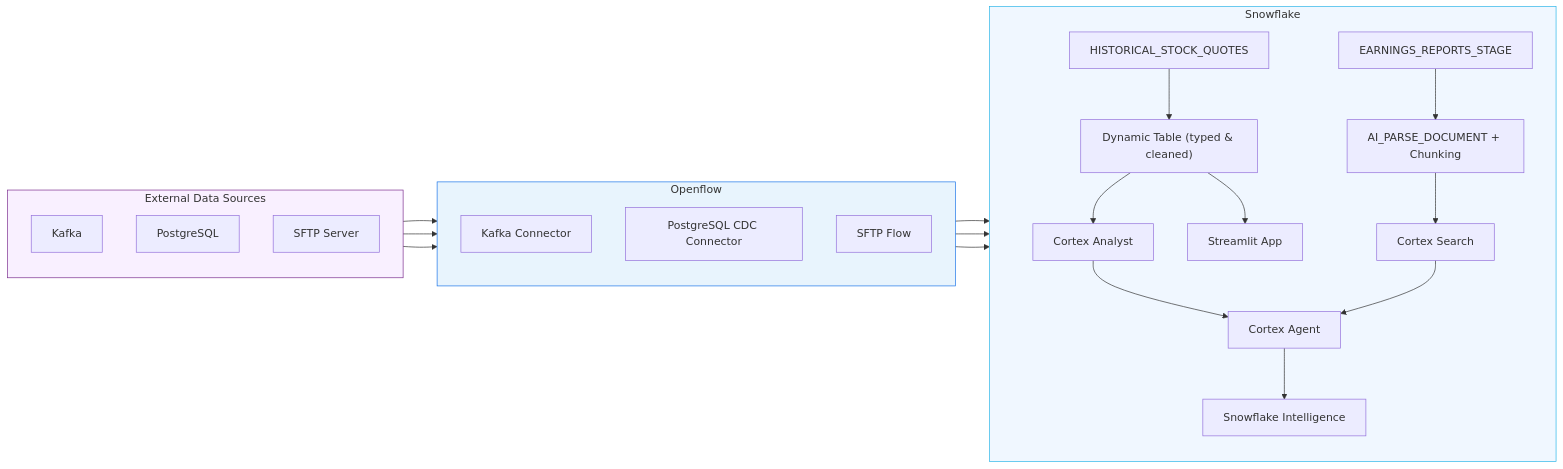
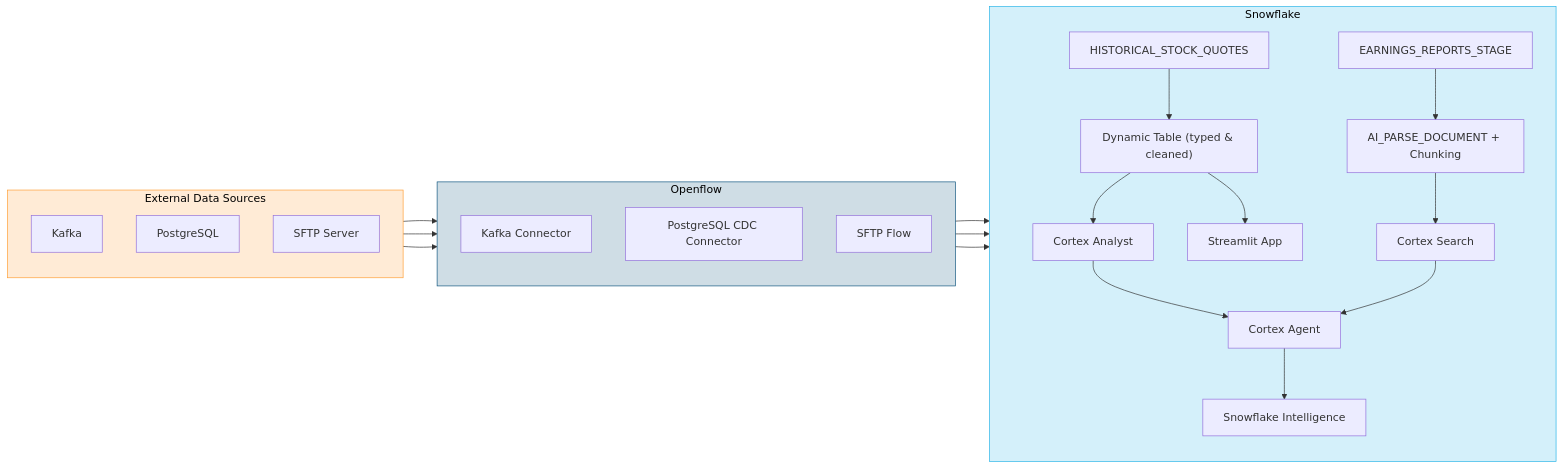
The diagram in nasdaq-demo/README.md (jrkinley/openflow-demo), drawn with Mermaid before and after one commit.

Commit message:
Update Mermaid diagram with Snowflake brand colours
Made-with: Cursor

````diff
--- a/nasdaq-demo/README.md
+++ b/nasdaq-demo/README.md
@@ -9,53 +9,53 @@
 ```mermaid
 flowchart LR
     subgraph sources["External Data Sources"]
         direction TB
         kafka["Kafka"]
         cdc["PostgreSQL"]
         sftp["SFTP Server"]
     end
 
     subgraph openflow["Openflow"]
         direction TB
         kconn["Kafka Connector"]
         cdcconn["PostgreSQL CDC Connector"]
         sftppipe["SFTP Flow"]
     end
 
     subgraph snowflake["Snowflake"]
         direction TB
         table["HISTORICAL_STOCK_QUOTES"]
         stage["EARNINGS_REPORTS_STAGE"]
         dt["Dynamic Table (typed & cleaned)"]
         parse["AI_PARSE_DOCUMENT + Chunking"]
         analyst["Cortex Analyst"]
         search["Cortex Search"]
         agent["Cortex Agent"]
         intel["Snowflake Intelligence"]
         streamlit["Streamlit App"]
     end
 
     kafka --> kconn
     cdc --> cdcconn
     sftp --> sftppipe
 
     kconn --> table
     cdcconn --> table
     sftppipe --> stage
 
     table --> dt
     stage --> parse
 
     dt --> analyst
     parse --> search
 
     analyst --> agent
     search --> agent
     agent --> intel
 
     dt --> streamlit
 
-    style sources fill:#f9f0ff,stroke:#7b2d8e
-    style openflow fill:#e8f4fd,stroke:#1a73e8
-    style snowflake fill:#f0f7ff,stroke:#29b5e8
+    style sources fill:#FFEBD6,stroke:#FF9F36,color:#000000
+    style openflow fill:#CFDDE5,stroke:#11567F,color:#000000
+    style snowflake fill:#D4F0FA,stroke:#29B5E8,color:#000000
 ```
````
